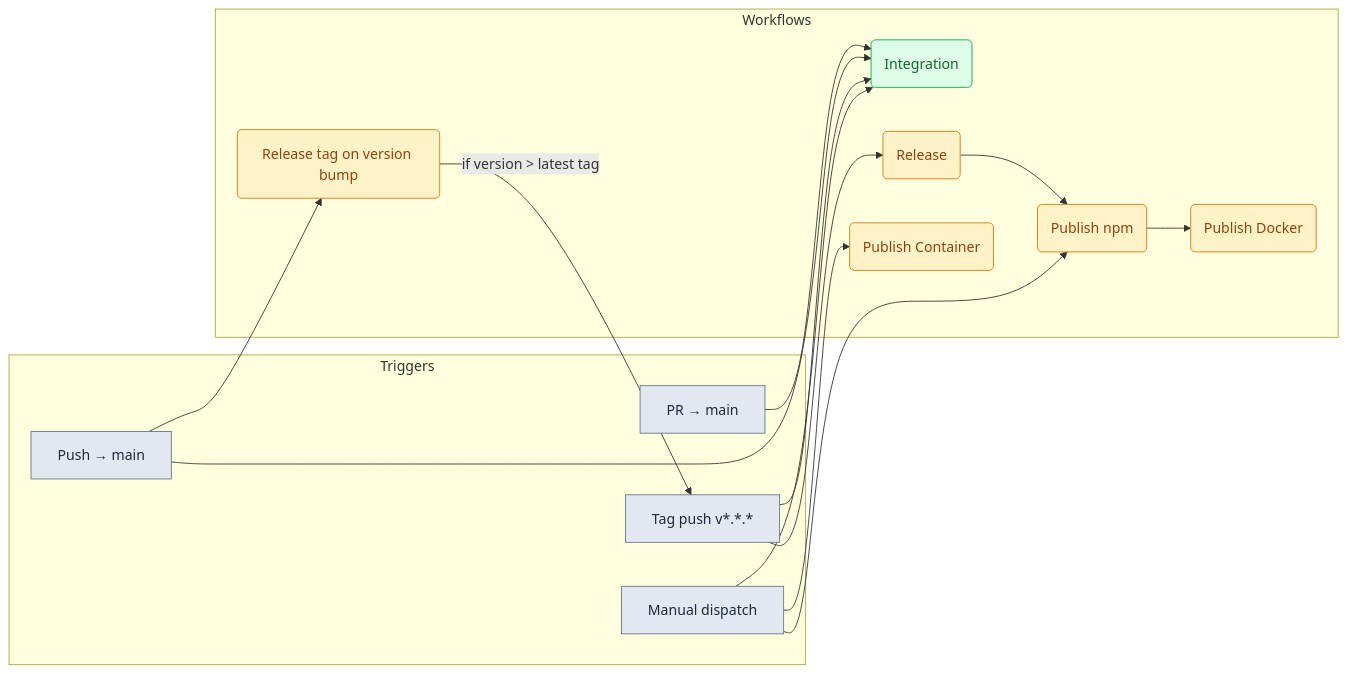
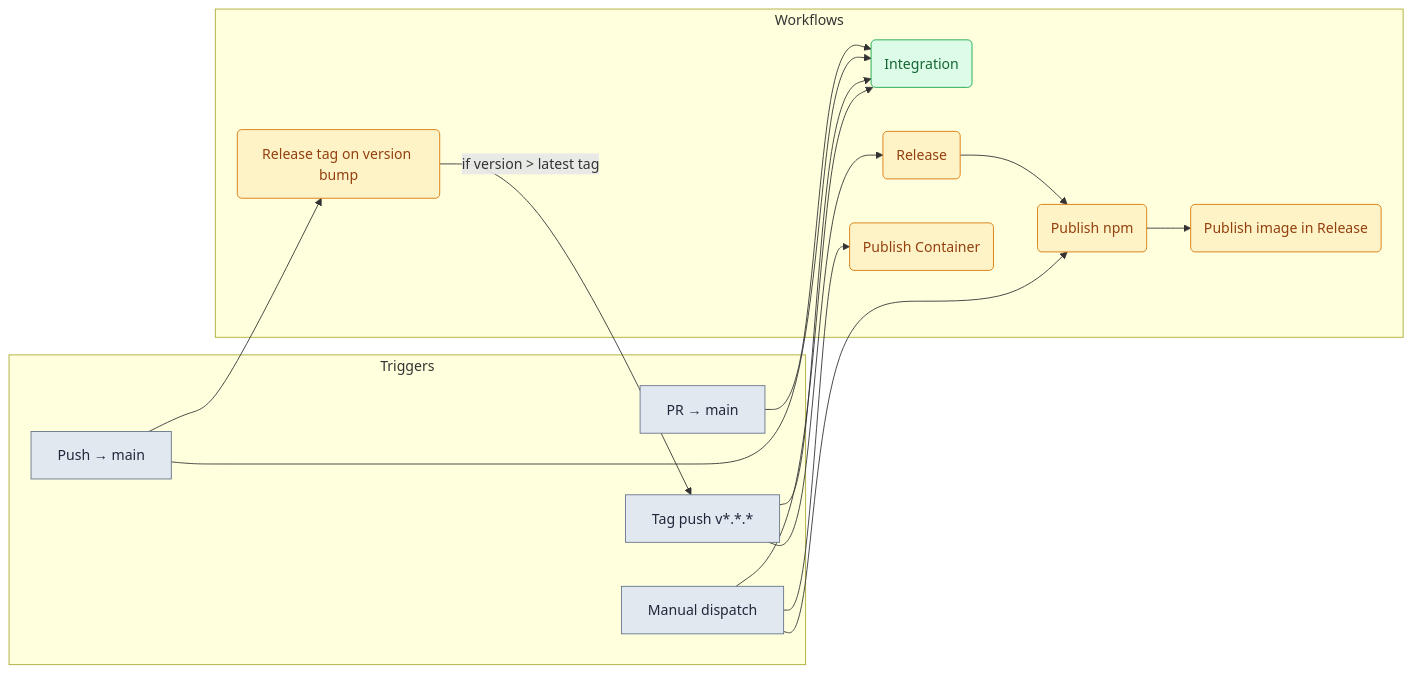
Before and after one commit to debian777/kairos-mcp: the first of 3 diagrams in .github/workflows/README.md, drawn with Mermaid. The commit also changed other lines of this file and 2 other files, not shown here.

Commit message:
fix(ci): use vars.QUAY_NAMESPACE and align README with publish-container

````diff
--- a/.github/workflows/README.md
+++ b/.github/workflows/README.md
@@ -5,37 +5,37 @@
 ```mermaid
 flowchart LR
   subgraph triggers["Triggers"]
     PR[PR → main]
     PUSH[Push → main]
     TAG[Tag push v*.*.*]
     MANUAL[Manual dispatch]
   end
 
   subgraph workflows["Workflows"]
     INT(Integration)
     RTAG(Release tag on version bump)
     REL(Release)
     PNPM(Publish npm)
-    PDOCK(Publish Docker)
+    PIMG(Publish image in Release)
     PCONT(Publish Container)
   end
 
   PR --> INT
   PUSH --> INT
   PUSH --> RTAG
   TAG --> INT
   TAG --> REL
   RTAG -->|"if version > latest tag"| TAG
   REL --> PNPM
-  PNPM --> PDOCK
+  PNPM --> PIMG
   MANUAL --> INT
   MANUAL --> PNPM
   MANUAL --> PCONT
 
   classDef trigger fill:#e2e8f0,stroke:#64748b,color:#1e293b
   classDef integration fill:#dcfce7,stroke:#16a34a,color:#166534
   classDef release fill:#fef3c7,stroke:#d97706,color:#92400e
   class PR,PUSH,TAG,MANUAL trigger
   class INT integration
-  class RTAG,REL,PNPM,PDOCK,PCONT release
+  class RTAG,REL,PNPM,PIMG,PCONT release
 ```
````
